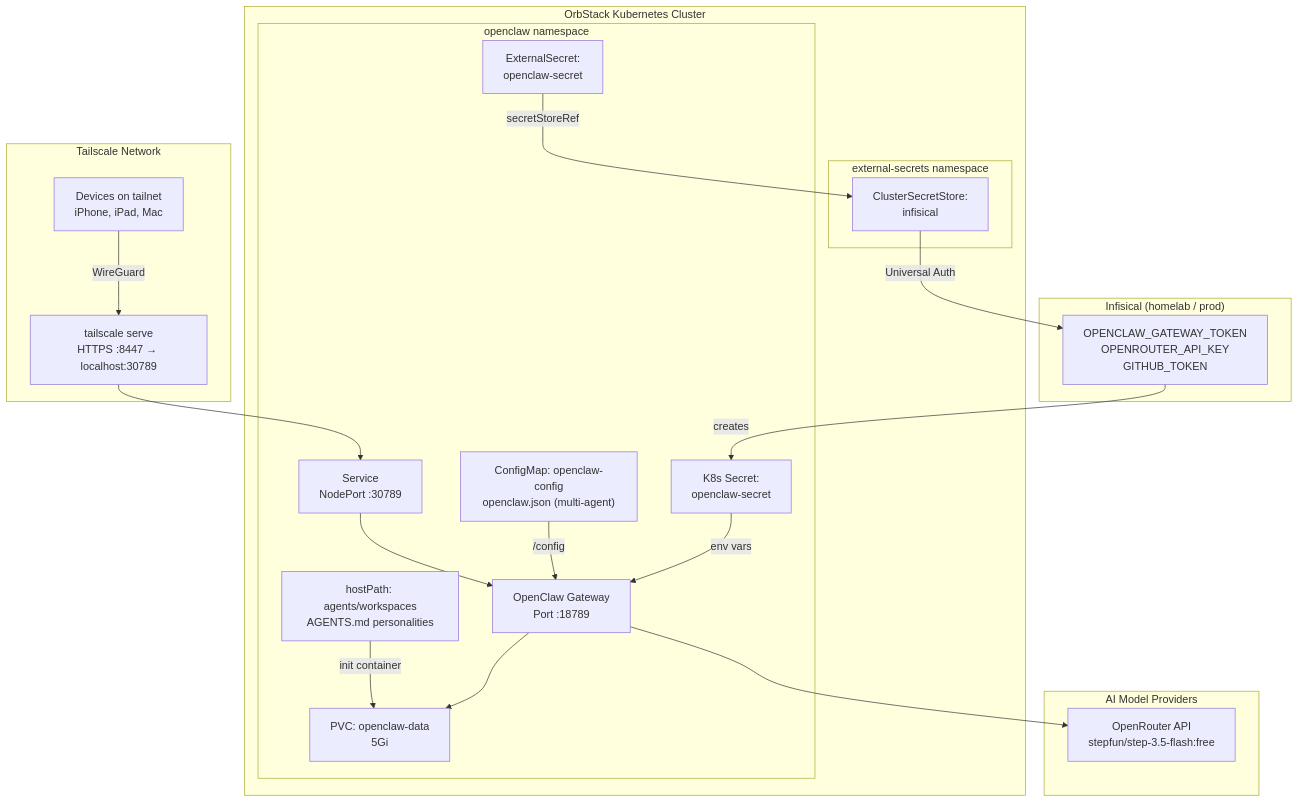
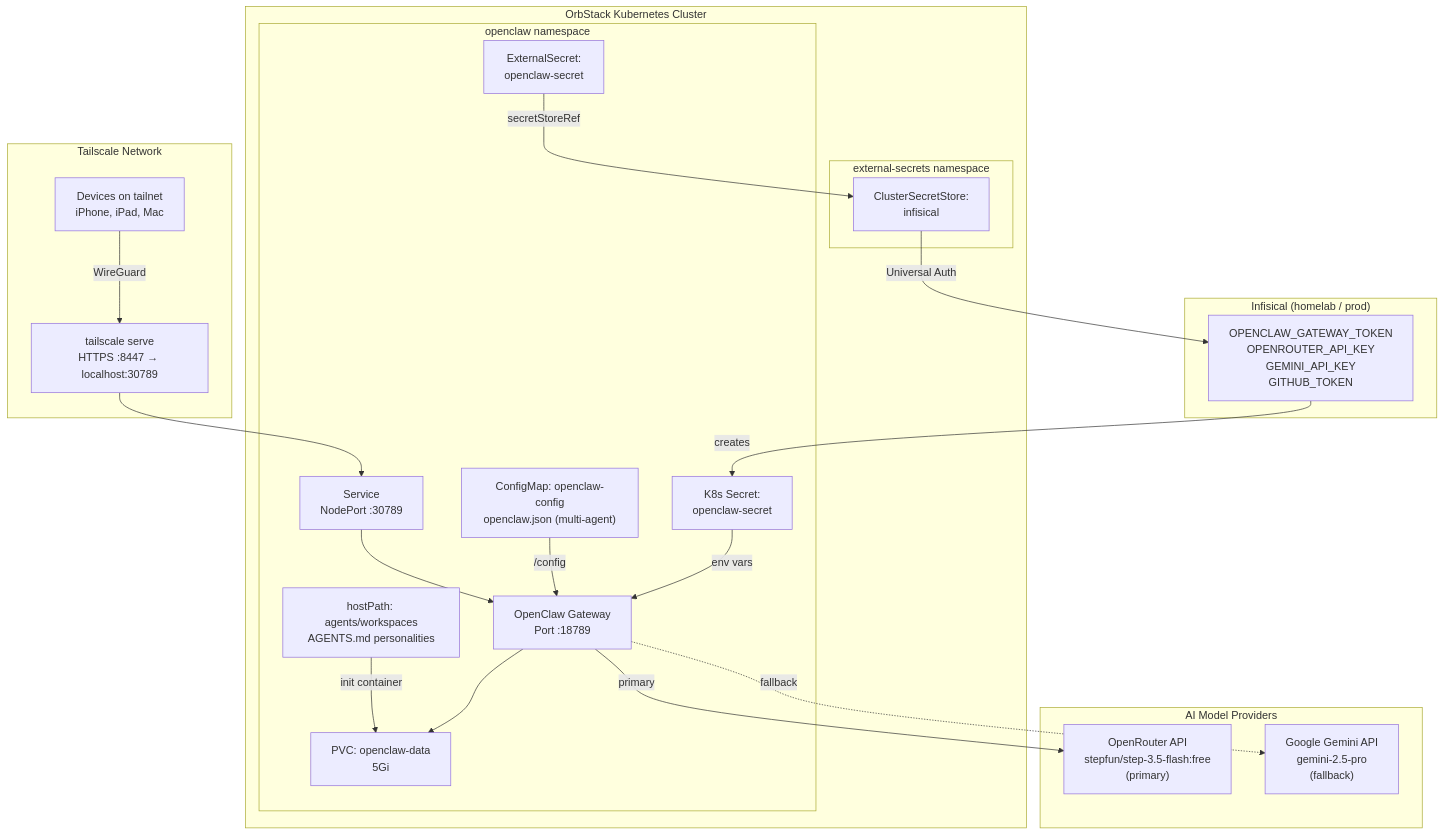
The first of 5 diagrams in k8s/apps/openclaw/README.md (haingth77/homelab), drawn with Mermaid before and after one commit. The commit also changed other lines of this file and 11 other files, not shown here.

First line of the commit message:
feat: add Gemini 2.5 Pro as fallback model for all agents

````diff
--- a/k8s/apps/openclaw/README.md
+++ b/k8s/apps/openclaw/README.md
@@ -7,43 +7,45 @@
 ```mermaid
 flowchart TD
     subgraph tailnet["Tailscale Network"]
         Clients["Devices on tailnet\niPhone, iPad, Mac"]
         TServe["tailscale serve\nHTTPS :8447 → localhost:30789"]
     end
 
     subgraph orb["OrbStack Kubernetes Cluster"]
         subgraph openclawNs["openclaw namespace"]
             Svc["Service\nNodePort :30789"]
             Deploy["OpenClaw Gateway\nPort :18789"]
             CM["ConfigMap: openclaw-config\nopenclaw.json (multi-agent)"]
             WSHP["hostPath: agents/workspaces\nAGENTS.md personalities"]
             PVC["PVC: openclaw-data\n5Gi"]
             ES["ExternalSecret:\nopenclaw-secret"]
             K8sSecret["K8s Secret:\nopenclaw-secret"]
         end
 
         subgraph esoNs["external-secrets namespace"]
             CSS["ClusterSecretStore:\ninfisical"]
         end
     end
 
     subgraph infisical["Infisical (homelab / prod)"]
-        InfisicalSecrets["OPENCLAW_GATEWAY_TOKEN\nOPENROUTER_API_KEY\nGITHUB_TOKEN"]
+        InfisicalSecrets["OPENCLAW_GATEWAY_TOKEN\nOPENROUTER_API_KEY\nGEMINI_API_KEY\nGITHUB_TOKEN"]
     end
 
     subgraph providers["AI Model Providers"]
-        OpenRouter["OpenRouter API\nstepfun/step-3.5-flash:free"]
+        OpenRouter["OpenRouter API\nstepfun/step-3.5-flash:free\n(primary)"]
+        Gemini["Google Gemini API\ngemini-2.5-pro\n(fallback)"]
     end
 
     Clients -- "WireGuard" --> TServe
     TServe --> Svc
     Svc --> Deploy
     CM -- "/config" --> Deploy
             WSHP -- "init container" --> PVC
     Deploy --> PVC
     ES -- "secretStoreRef" --> CSS
     CSS -- "Universal Auth" --> InfisicalSecrets
     InfisicalSecrets -- "creates" --> K8sSecret
     K8sSecret -- "env vars" --> Deploy
-    Deploy --> OpenRouter
+    Deploy -- "primary" --> OpenRouter
+    Deploy -. "fallback" .-> Gemini
 ```
````
